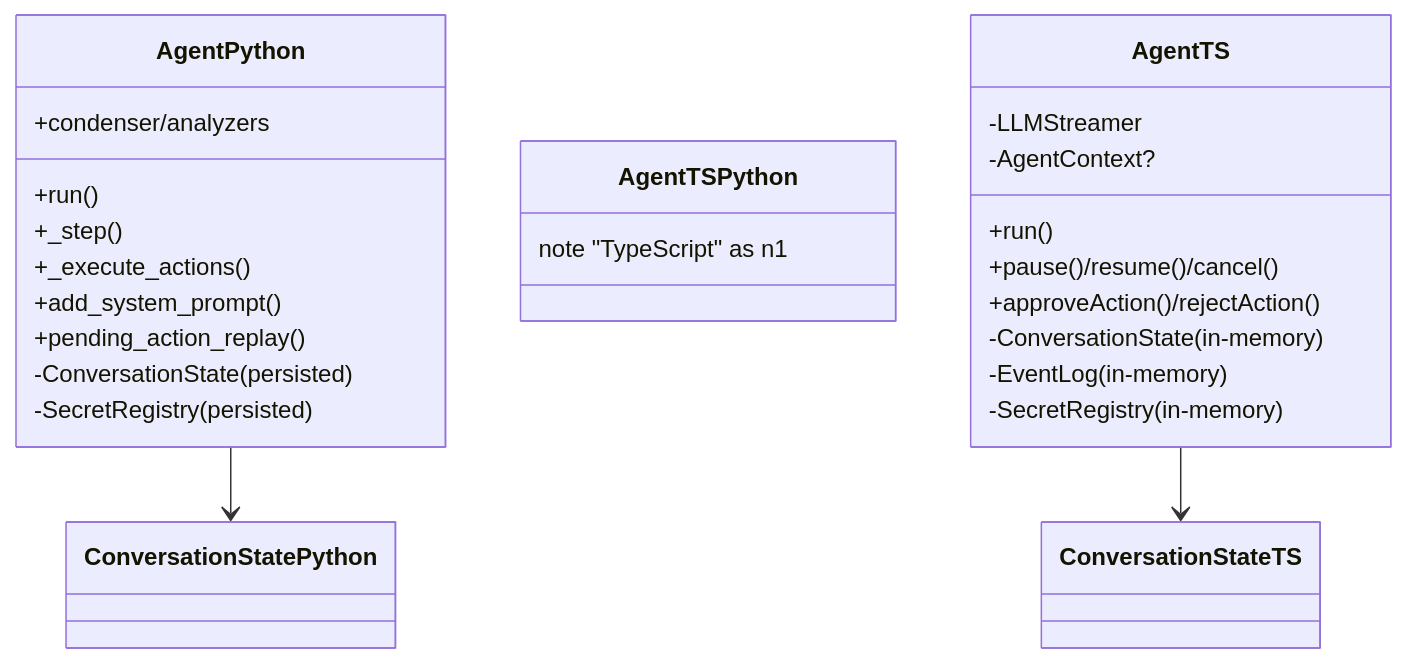
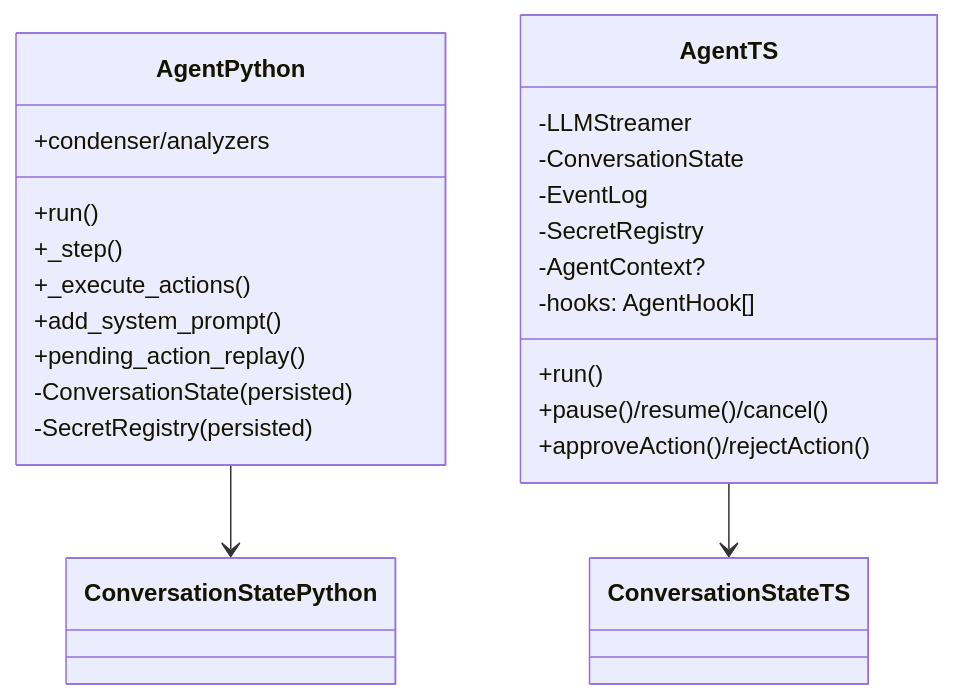
Before and after one commit to enyst/OpenHands-Tab: the third of 4 diagrams in packages/agent-sdk-ts/docs/python-parity.md, drawn with Mermaid. The commit also changed other lines of this file, not shown here.

First line of the commit message:
docs(parity): comprehensive update to Python-TypeScript SDK parity doc (#762)

````diff
--- a/packages/agent-sdk-ts/docs/python-parity.md
+++ b/packages/agent-sdk-ts/docs/python-parity.md
@@ -469,28 +494,26 @@
 ```mermaid
 classDiagram
     class AgentPython {
       +run()
       +_step()
       +_execute_actions()
       +add_system_prompt()
       +condenser/analyzers
       +pending_action_replay()
       -ConversationState (persisted)
       -SecretRegistry (persisted)
     }
-    class AgentTSPython {
-      note "TypeScript" as n1
-    }
     class AgentTS {
       +run()
       +pause()/resume()/cancel()
       +approveAction()/rejectAction()
       -LLMStreamer
-      -ConversationState (in-memory)
-      -EventLog (in-memory)
-      -SecretRegistry (in-memory)
+      -ConversationState
+      -EventLog
+      -SecretRegistry
       -AgentContext?
+      -hooks: AgentHook[]
     }
     AgentPython --> ConversationStatePython
     AgentTS --> ConversationStateTS
 ```
````
